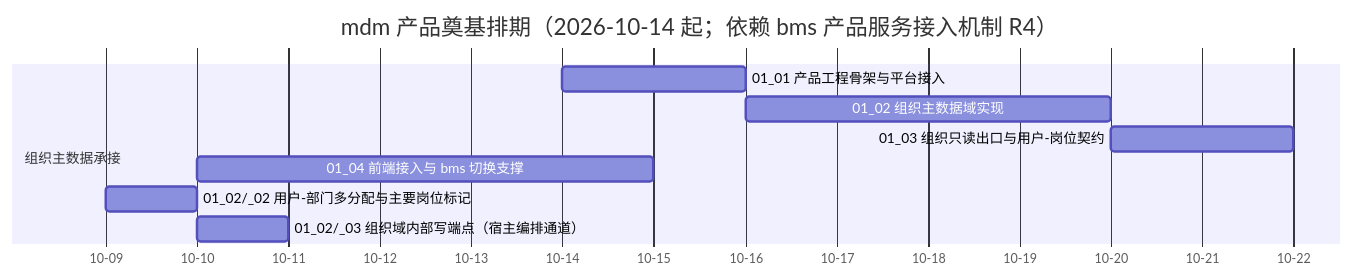
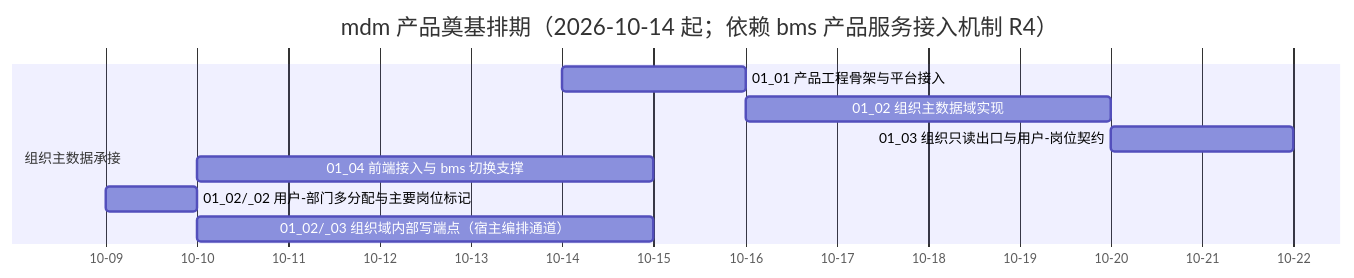
The diagram in mdm文档/项目/01_mdm 产品奠基/计划/01_计划_mdm产品奠基.md (minjian123/master-data-management), drawn with Mermaid before and after one commit. The commit also changed other lines of this file and 8 other files, not shown here.

````diff
--- a/mdm文档/项目/01_mdm 产品奠基/计划/01_计划_mdm产品奠基.md
+++ b/mdm文档/项目/01_mdm 产品奠基/计划/01_计划_mdm产品奠基.md
@@ -35,13 +35,13 @@
 ```mermaid
 gantt
     title mdm 产品奠基排期（2026-10-14 起；依赖 bms 产品服务接入机制 R4）
     dateFormat  YYYY-MM-DD
     axisFormat %m-%d
     section 组织主数据承接
     01_01 产品工程骨架与平台接入 :m0101, 2026-10-14, 2d
     01_02 组织主数据域实现 :m0102, 2026-10-16, 4d
     01_03 组织只读出口与用户-岗位契约 :m0103, 2026-10-20, 2d
     01_04 前端接入与 bms 切换支撑 :m0104, 2026-10-10, 5d
     01_02/_02 用户-部门多分配与主要岗位标记 :m0102b, 2026-10-09, 1d
-    01_02/_03 组织域内部写端点（宿主编排通道） :m0102c, 2026-10-10, 1d
+    01_02/_03 组织域内部写端点（宿主编排通道） :m0102c, 2026-10-10, 5d
 ```
````
